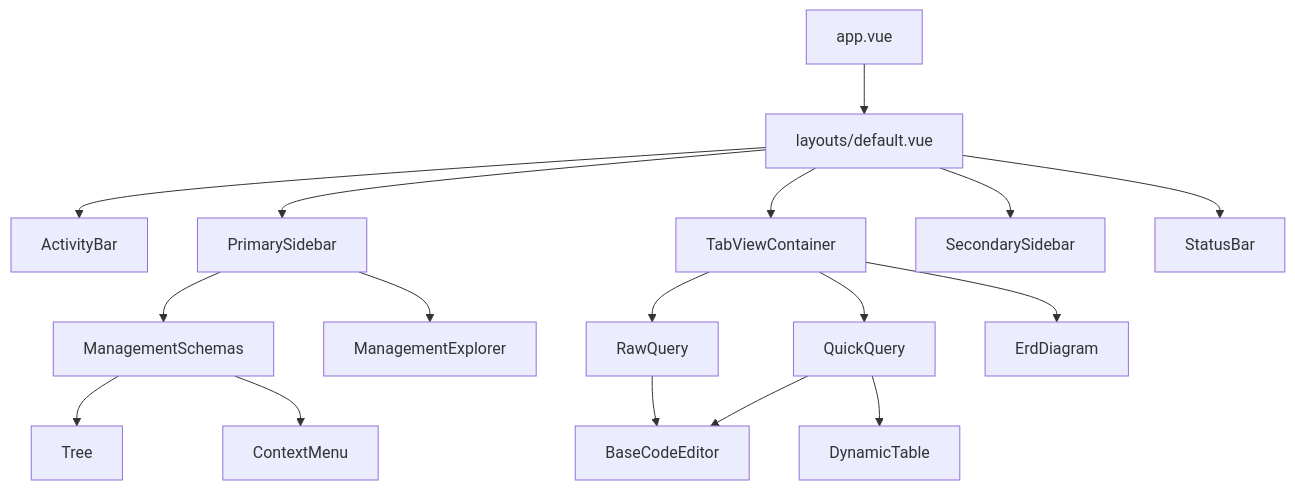
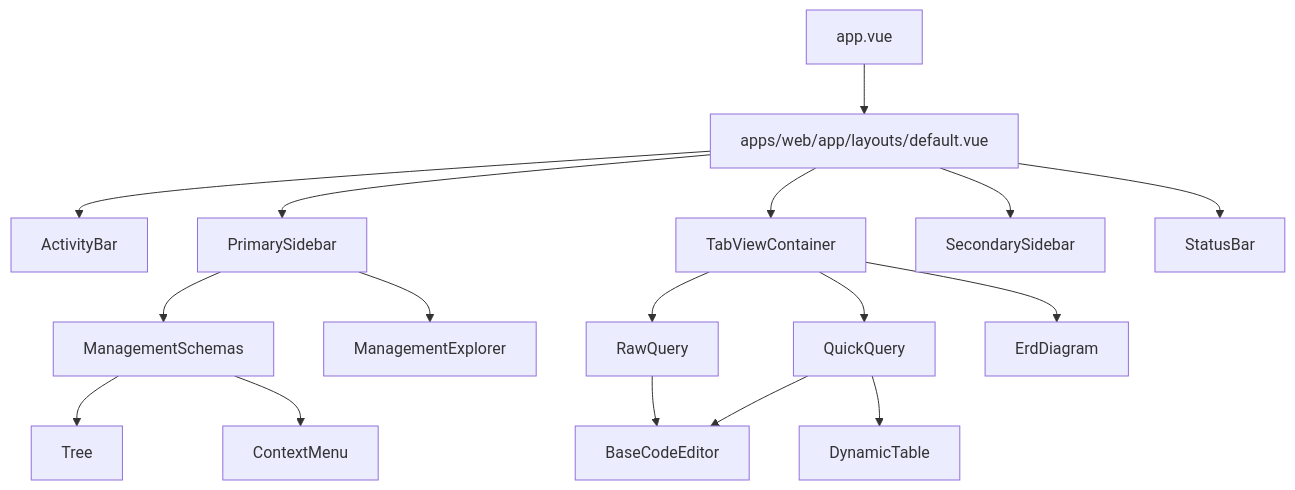
One commit to cin12211/orca-q changed the diagram in docs/COMPONENTS_OVERVIEW.md. Above: the diagram before and after it, drawn with Mermaid. The commit also changed 27 other files, not shown here.

````diff
--- a/docs/COMPONENTS_OVERVIEW.md
+++ b/docs/COMPONENTS_OVERVIEW.md
@@ -244,23 +244,23 @@
 ```mermaid
 graph TD
-    A[app.vue] --> B[layouts/default.vue]
+    A[app.vue] --> B[apps/web/app/layouts/default.vue]
     B --> C[ActivityBar]
     B --> D[PrimarySidebar]
     B --> E[TabViewContainer]
     B --> F[SecondarySidebar]
     B --> G[StatusBar]
 
     D --> H[ManagementSchemas]
     D --> I[ManagementExplorer]
 
     E --> J[QuickQuery]
     E --> K[RawQuery]
     E --> L[ErdDiagram]
 
     J --> M[BaseCodeEditor]
     J --> N[DynamicTable]
     K --> M
 
     H --> O[Tree]
     H --> P[ContextMenu]
 ```
````
